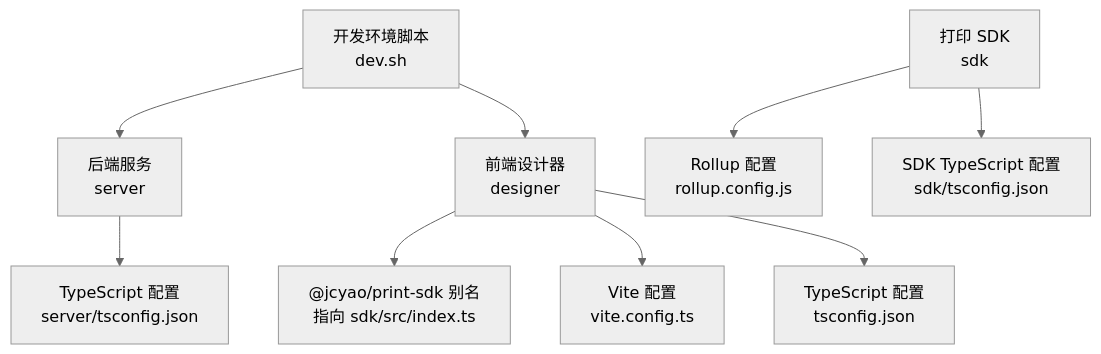
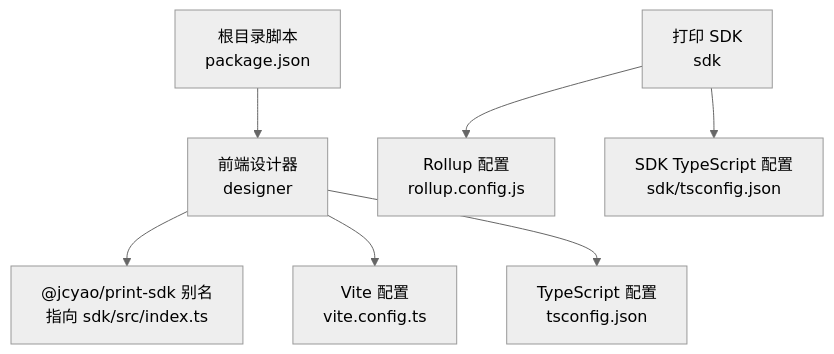
One commit to joker-yjc/printer changed the first of 6 diagrams in .qoder/repowiki/zh/content/故障排除/开发环境问题.md. Above: the diagram before and after it, drawn with Mermaid (neutral theme). The commit also changed other lines of this file and 44 other files, not shown here.

````diff
--- a/.qoder/repowiki/zh/content/故障排除/开发环境问题.md
+++ b/.qoder/repowiki/zh/content/故障排除/开发环境问题.md
@@ -42,11 +36,9 @@
 ```mermaid
 graph TB
-Dev["开发环境脚本<br/>dev.sh"] --> Srv["后端服务<br/>server"]
-Dev --> Dsr["前端设计器<br/>designer"]
+Root["根目录脚本<br/>package.json"] --> Dsr["前端设计器<br/>designer"]
 Dsr --> Alias["@jcyao/print-sdk 别名<br/>指向 sdk/src/index.ts"]
 Dsr --> ViteCfg["Vite 配置<br/>vite.config.ts"]
 Dsr --> TSMain["TypeScript 配置<br/>tsconfig.json"]
-Srv --> TSNode["TypeScript 配置<br/>server/tsconfig.json"]
 Sdk["打印 SDK<br/>sdk"] --> RConf["Rollup 配置<br/>rollup.config.js"]
 Sdk --> STS["SDK TypeScript 配置<br/>sdk/tsconfig.json"]
 ```
````
